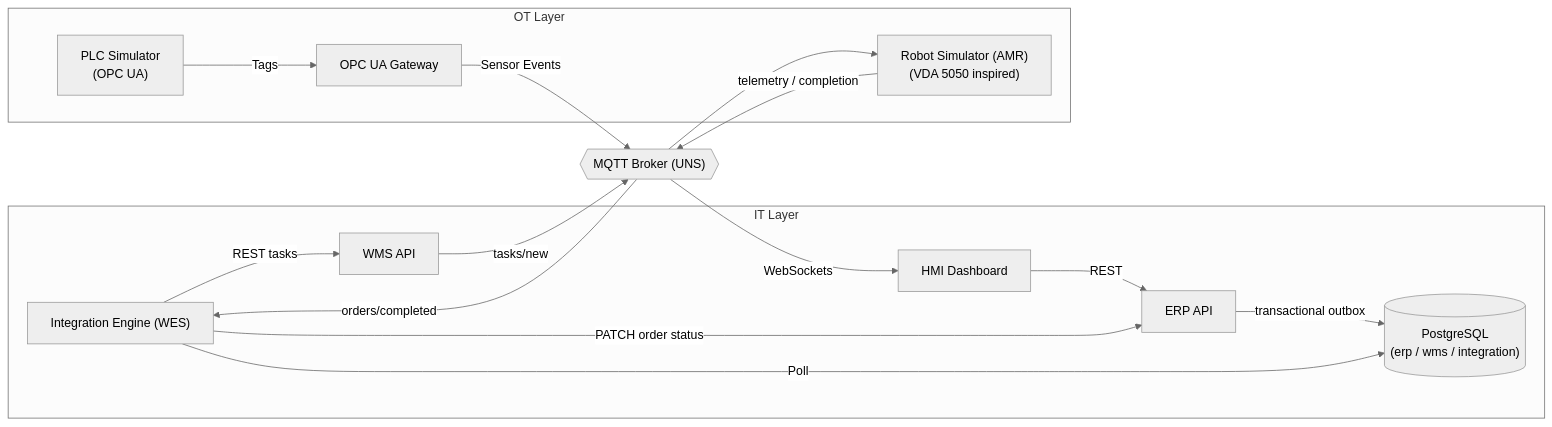
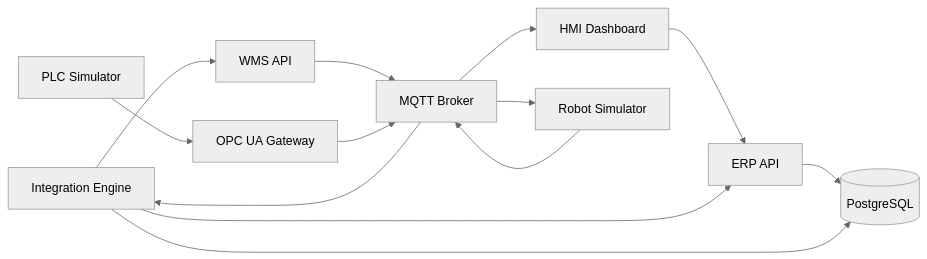
The diagram in README.md (HopeyCodeDS/warehouse-integration-simulator), drawn with Mermaid (neutral theme) before and after one commit. The commit also changed other lines of this file, not shown here.

````diff
--- a/README.md
+++ b/README.md
@@ -29,29 +26,25 @@
 ```mermaid
 flowchart LR
-  subgraph IT["IT Layer"]
-    HMI["HMI Dashboard"]
-    ERP["ERP API"]
-    IE["Integration Engine (WES)"]
-    WMS["WMS API"]
-    DB[("PostgreSQL\n(erp / wms / integration)")]
-  end
-  subgraph OT["OT Layer"]
-    PLC["PLC Simulator\n(OPC UA)"]
-    GW["OPC UA Gateway"]
-    AMR["Robot Simulator (AMR)\n(VDA 5050 inspired)"]
-  end
-  MQTT{{"MQTT Broker (UNS)"}}
+  HMI[HMI Dashboard]
+  ERP[ERP API]
+  IE[Integration Engine]
+  WMS[WMS API]
+  DB[(PostgreSQL)]
+  MQTT[MQTT Broker]
+  PLC[PLC Simulator]
+  GW[OPC UA Gateway]
+  AMR[Robot Simulator]
 
-  HMI -->|REST| ERP
-  ERP -->|transactional outbox| DB
-  IE -->|Poll| DB
-  IE -->|REST tasks| WMS
-  WMS -->|tasks/new| MQTT
+  HMI --> ERP
+  ERP --> DB
+  IE --> DB
+  IE --> WMS
+  WMS --> MQTT
   MQTT --> AMR
-  AMR -->|telemetry / completion| MQTT
-  PLC -->|Tags| GW
-  GW -->|Sensor Events| MQTT
-  MQTT -->|WebSockets| HMI
-  MQTT -->|orders/completed| IE
-  IE -->|PATCH order status| ERP
+  PLC --> GW
+  GW --> MQTT
+  MQTT --> HMI
+  AMR --> MQTT
+  MQTT --> IE
+  IE --> ERP
 ```
````
